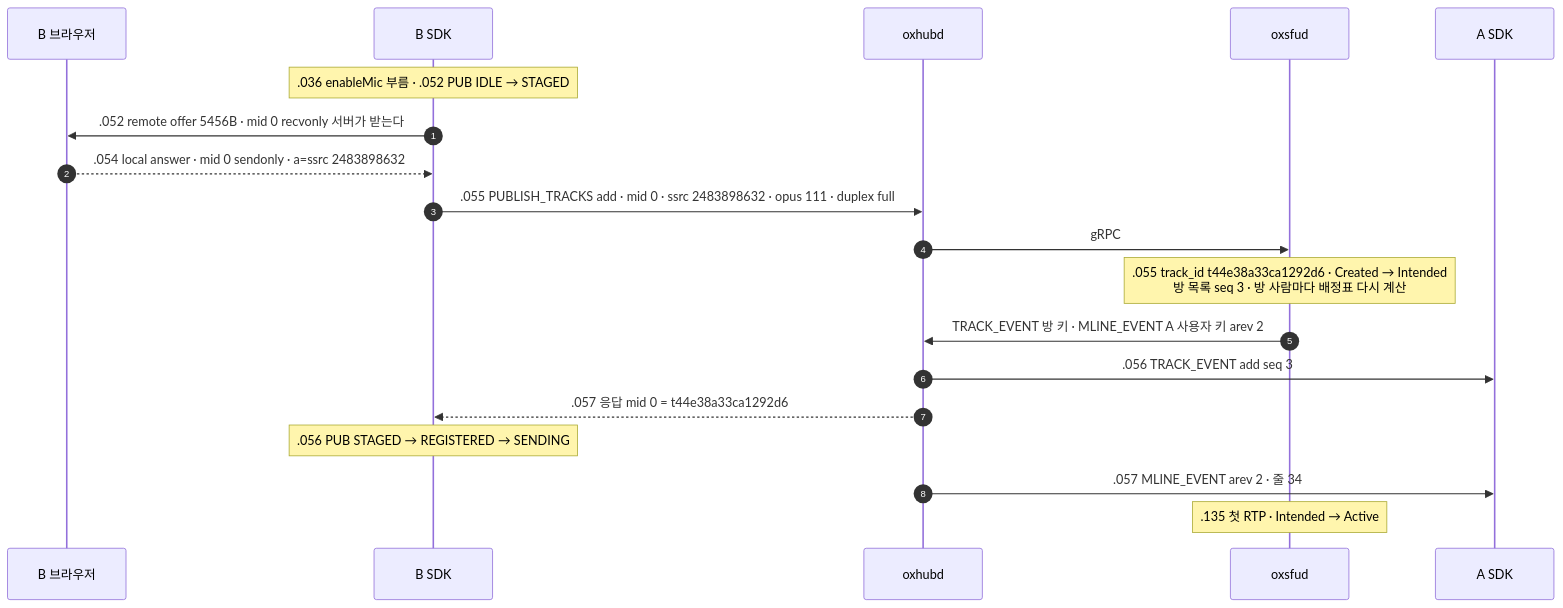
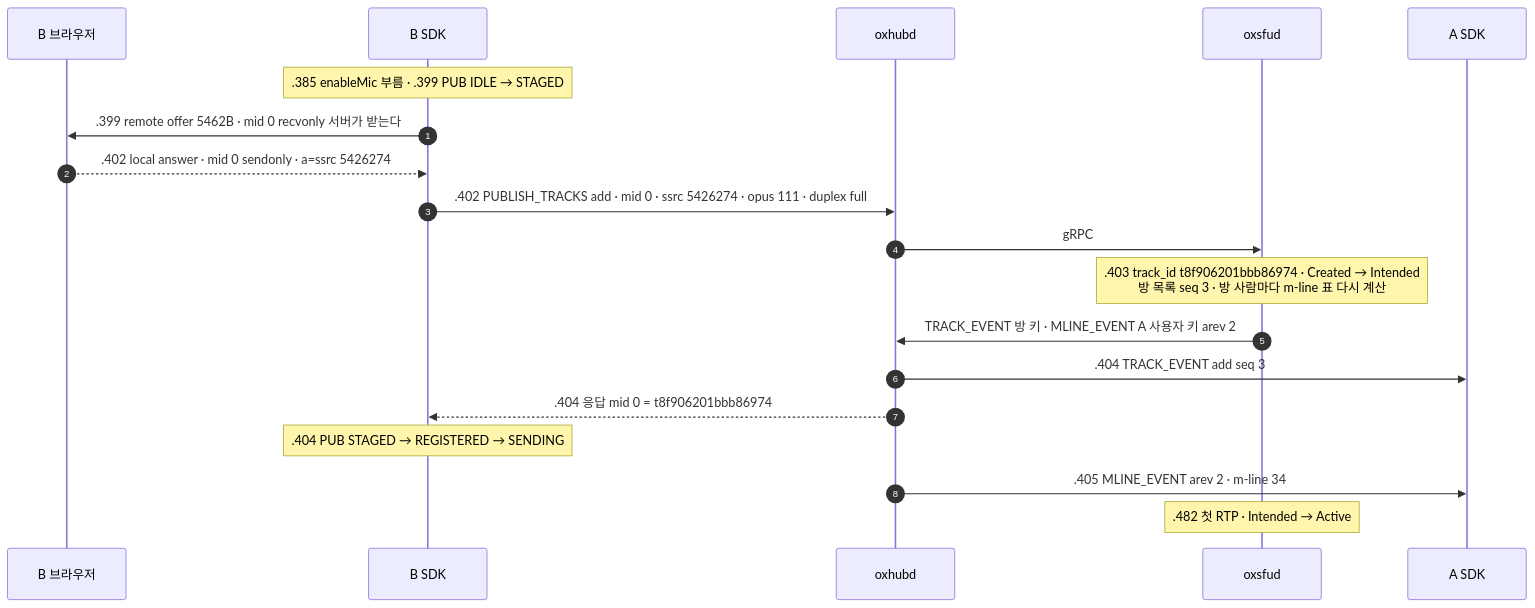
The second of 4 diagrams in docs/learn/03_PUBLISH_SUBSCRIBE.md (kodeholic9/oxlens-sfu), drawn with Mermaid before and after one commit. The commit also changed other lines of this file and 19 other files, not shown here.

````diff
--- a/docs/learn/03_PUBLISH_SUBSCRIBE.md
+++ b/docs/learn/03_PUBLISH_SUBSCRIBE.md
@@ -49,21 +54,21 @@
 ```mermaid
 sequenceDiagram
   autonumber
   participant BR as B 브라우저
   participant SDK as B SDK
   participant H as oxhubd
   participant S as oxsfud
   participant A as A SDK
-  Note over SDK: .036 enableMic 부름 · .052 PUB IDLE → STAGED
-  SDK->>BR: .052 remote offer 5456B · mid 0 recvonly 서버가 받는다
-  BR-->>SDK: .054 local answer · mid 0 sendonly · a=ssrc 2483898632
-  SDK->>H: .055 PUBLISH_TRACKS add · mid 0 · ssrc 2483898632 · opus 111 · duplex full
+  Note over SDK: .385 enableMic 부름 · .399 PUB IDLE → STAGED
+  SDK->>BR: .399 remote offer 5462B · mid 0 recvonly 서버가 받는다
+  BR-->>SDK: .402 local answer · mid 0 sendonly · a=ssrc 5426274
+  SDK->>H: .402 PUBLISH_TRACKS add · mid 0 · ssrc 5426274 · opus 111 · duplex full
   H->>S: gRPC
-  Note over S: .055 track_id t44e38a33ca1292d6 · Created → Intended<br/>방 목록 seq 3 · 방 사람마다 배정표 다시 계산
+  Note over S: .403 track_id t8f906201bbb86974 · Created → Intended<br/>방 목록 seq 3 · 방 사람마다 m-line 표 다시 계산
   S->>H: TRACK_EVENT 방 키 · MLINE_EVENT A 사용자 키 arev 2
-  H->>A: .056 TRACK_EVENT add seq 3
-  H-->>SDK: .057 응답 mid 0 = t44e38a33ca1292d6
-  Note over SDK: .056 PUB STAGED → REGISTERED → SENDING
-  H->>A: .057 MLINE_EVENT arev 2 · 줄 34
-  Note over S: .135 첫 RTP · Intended → Active
+  H->>A: .404 TRACK_EVENT add seq 3
+  H-->>SDK: .404 응답 mid 0 = t8f906201bbb86974
+  Note over SDK: .404 PUB STAGED → REGISTERED → SENDING
+  H->>A: .405 MLINE_EVENT arev 2 · m-line 34
+  Note over S: .482 첫 RTP · Intended → Active
 ```
````
